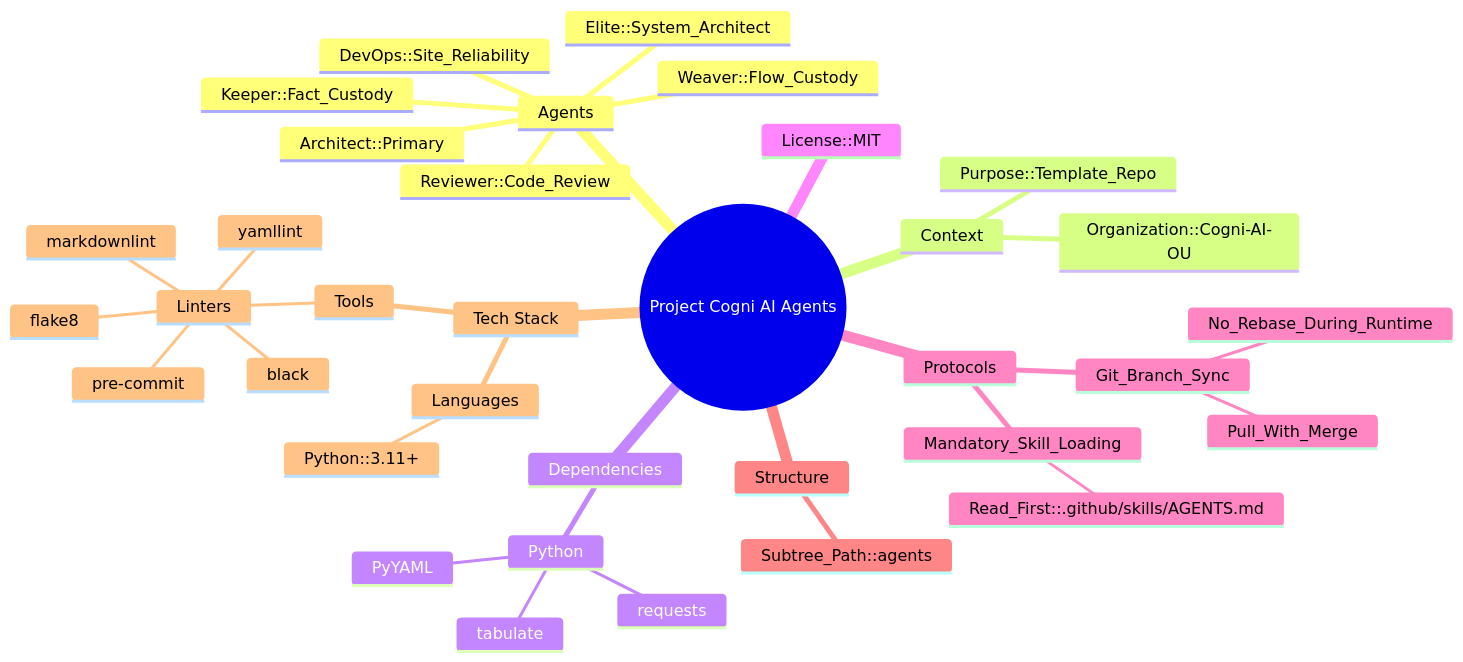
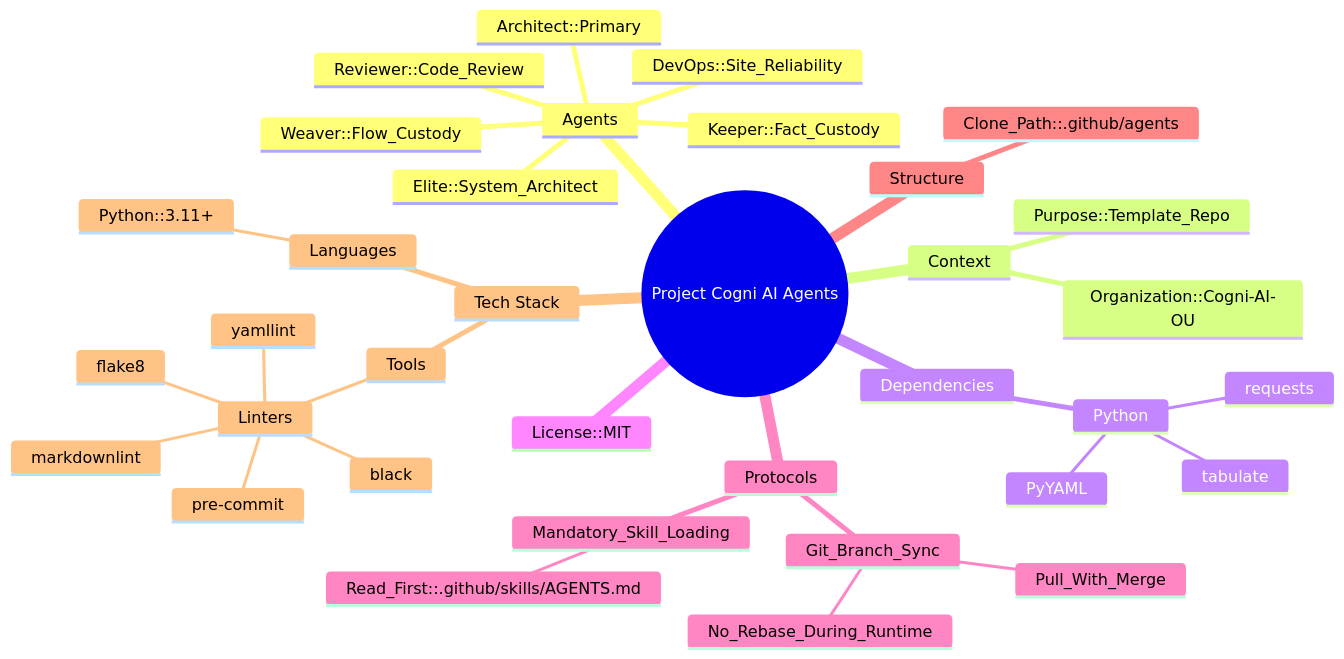
The diagram in FACTS.mmd (Cogni-AI-OU/cogni-ai-agents), drawn with Mermaid before and after one commit. The commit also changed 2 other files, not shown here.

Commit message:
docs: replace git subtree references with clone instructions
Updated README.md, AGENTS.md, and FACTS.mmd to align with the
repository's CI/CD pattern of cloning sub-agents, instructions,
and skills into the .github/ directory.

```diff
--- a/FACTS.mmd
+++ b/FACTS.mmd
@@ -1,36 +1,36 @@
 mindmap
   root((Project Cogni AI Agents))
     Agents
       Architect::Primary
       DevOps::Site_Reliability
       Elite::System_Architect
       Keeper::Fact_Custody
       Reviewer::Code_Review
       Weaver::Flow_Custody
     Context
       Organization::Cogni-AI-OU
       Purpose::Template_Repo
     Dependencies
       Python
         PyYAML
         requests
         tabulate
     License::MIT
     Protocols
       Git_Branch_Sync
         No_Rebase_During_Runtime
         Pull_With_Merge
       Mandatory_Skill_Loading
         Read_First::.github/skills/AGENTS.md
     Structure
-      Subtree_Path::agents
+      Clone_Path::.github/agents
     Tech Stack
       Languages
         Python::3.11+
       Tools
         Linters
           black
           flake8
           markdownlint
           pre-commit
           yamllint
```
